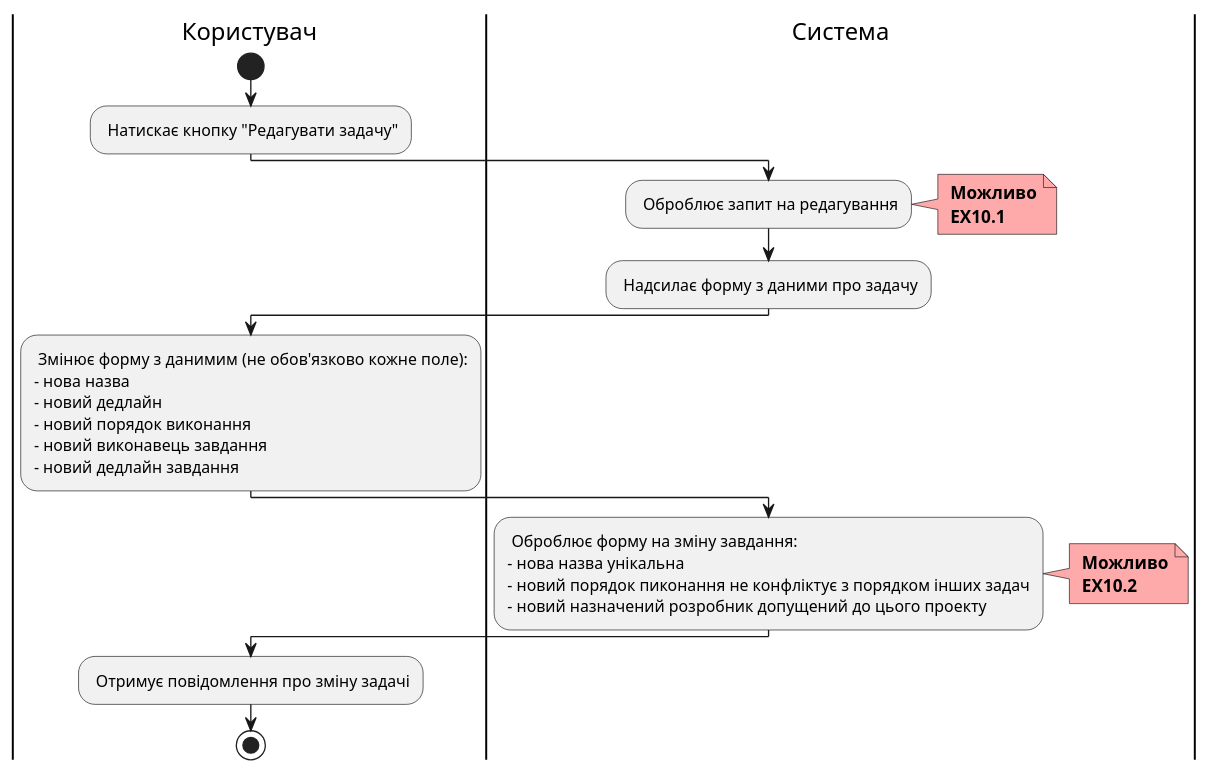
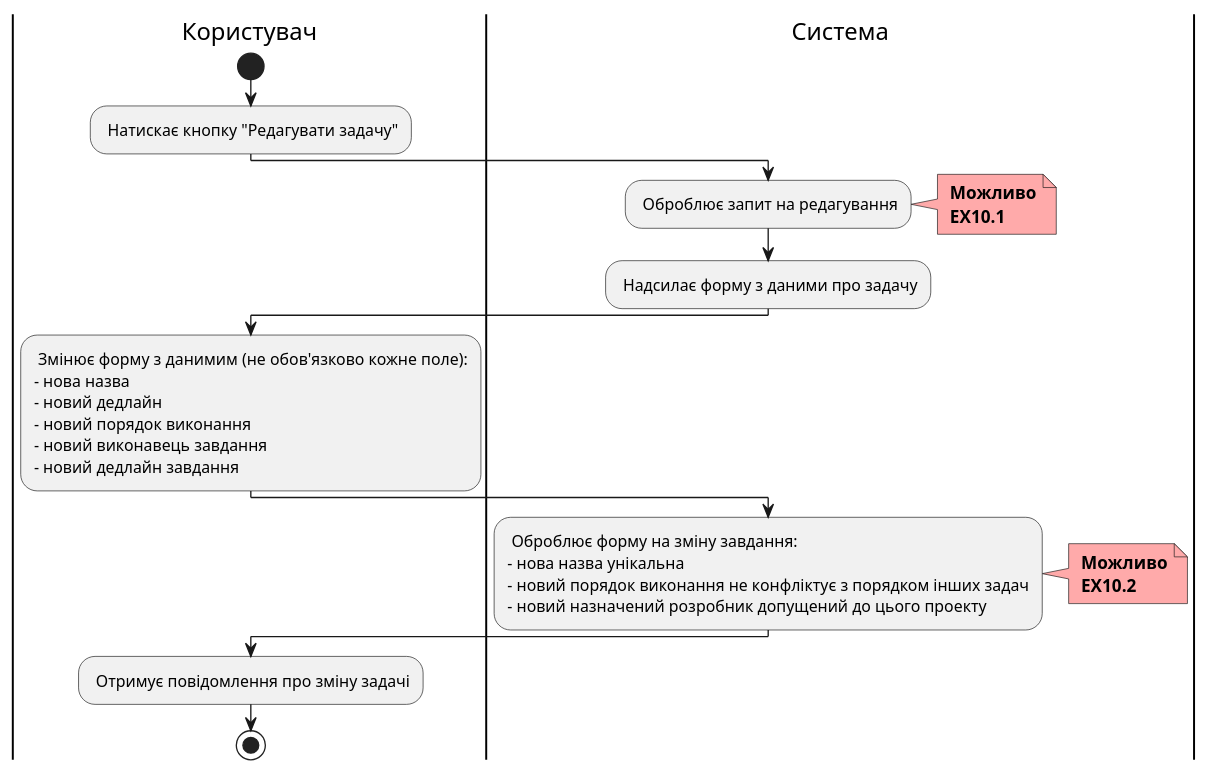
The diagram in docs/use cases/editTask.puml (boldak/database_basics_template), drawn with PlantUML before and after one commit. The commit also changed 3 other files, not shown here.

```diff
--- a/docs/use cases/editTask.puml
+++ b/docs/use cases/editTask.puml
@@ -1,40 +1,40 @@
 @startuml
 
     |Користувач|
         start
         
         : Натискає кнопку "Редагувати задачу";
         
     |Система|
         
         : Оброблює запит на редагування;
         note right #ffaaaa
         <b> Можливо
         <b> EX10.1
         end note
         : Надсилає форму з даними про задачу;
         
     |Користувач|
     
         : Змінює форму з данимим (не обов'язково кожне поле):
         - нова назва
         - новий дедлайн
         - новий порядок виконання
         - новий виконавець завдання
         - новий дедлайн завдання;
     
     |Система|
         : Оброблює форму на зміну завдання:
         - нова назва унікальна
-        - новий порядок пиконання не конфліктує з порядком інших задач
+        - новий порядок виконання не конфліктує з порядком інших задач
         - новий назначений розробник допущений до цього проекту;
         note right #ffaaaa
         <b> Можливо
         <b> EX10.2
         end note
         
     |Користувач|
         : Отримує повідомлення про зміну задачі;
         stop;
 
 @enduml
```
